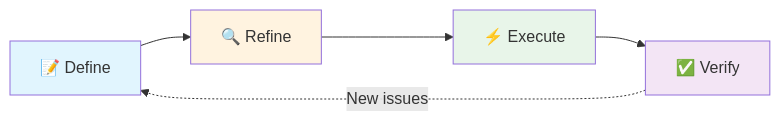
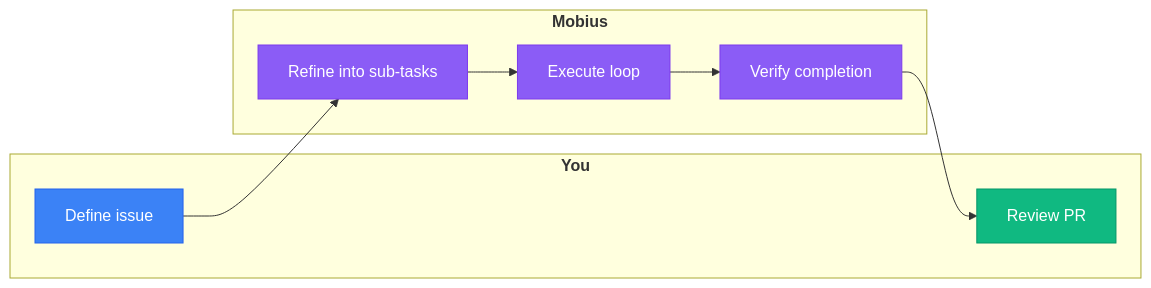
The diagram in README.md (Tubular-Health/mobius), drawn with Mermaid before and after one commit. The commit also changed other lines of this file, not shown here.

````diff
--- a/README.md
+++ b/README.md
@@ -13,12 +49,24 @@
 ```mermaid
-graph LR
-    A[📝 Define] --> B[🔍 Refine]
-    B --> C[⚡ Execute]
-    C --> D[✅ Verify]
-    D -.->|New issues| A
+flowchart LR
+    subgraph You["<b>You</b>"]
+        A["Define issue"]
+        E["Review PR"]
+    end
 
-    style A fill:#e1f5fe
-    style B fill:#fff3e0
-    style C fill:#e8f5e9
-    style D fill:#f3e5f5
+    subgraph Mobius["<b>Mobius</b>"]
+        B["Refine into sub-tasks"]
+        C["Execute loop"]
+        D["Verify completion"]
+    end
+
+    A --> B
+    B --> C
+    C --> D
+    D --> E
+
+    style A fill:#3B82F6,color:#fff,stroke:#2563EB
+    style B fill:#8B5CF6,color:#fff,stroke:#7C3AED
+    style C fill:#8B5CF6,color:#fff,stroke:#7C3AED
+    style D fill:#8B5CF6,color:#fff,stroke:#7C3AED
+    style E fill:#10B981,color:#fff,stroke:#059669
 ```
````
